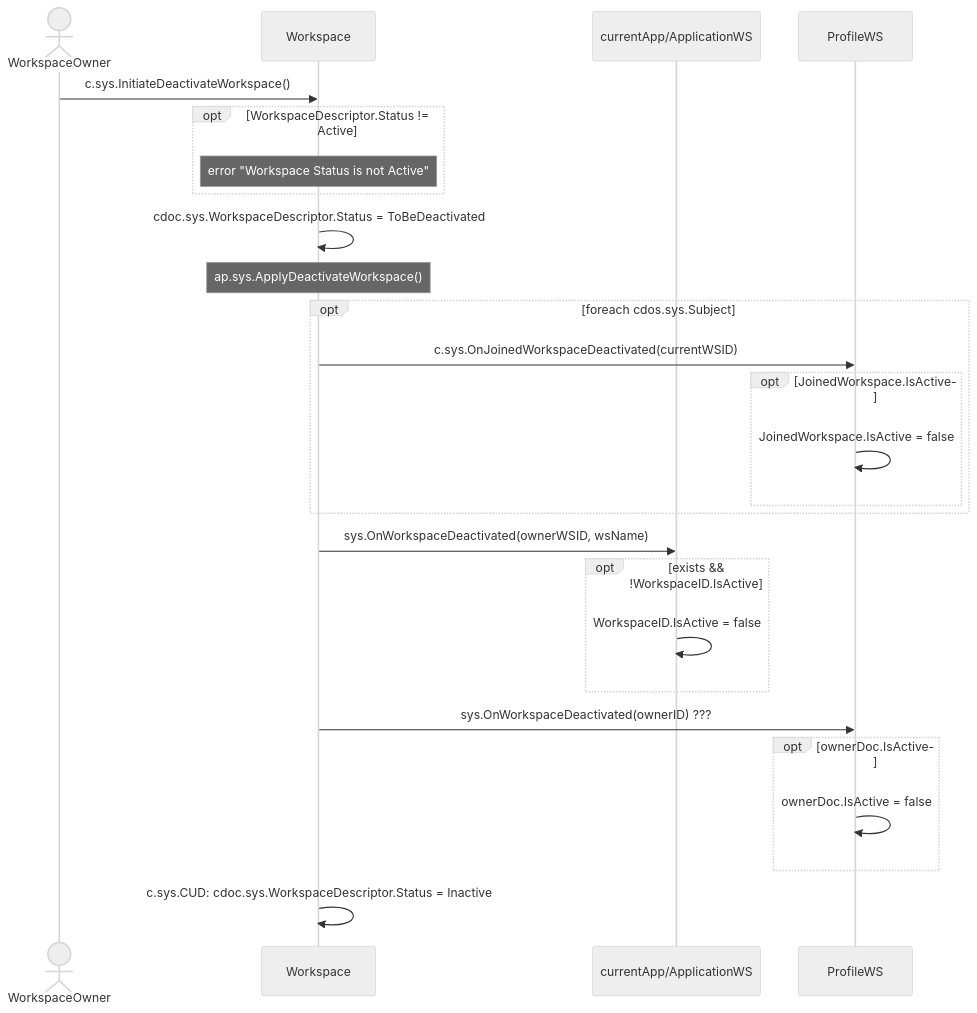
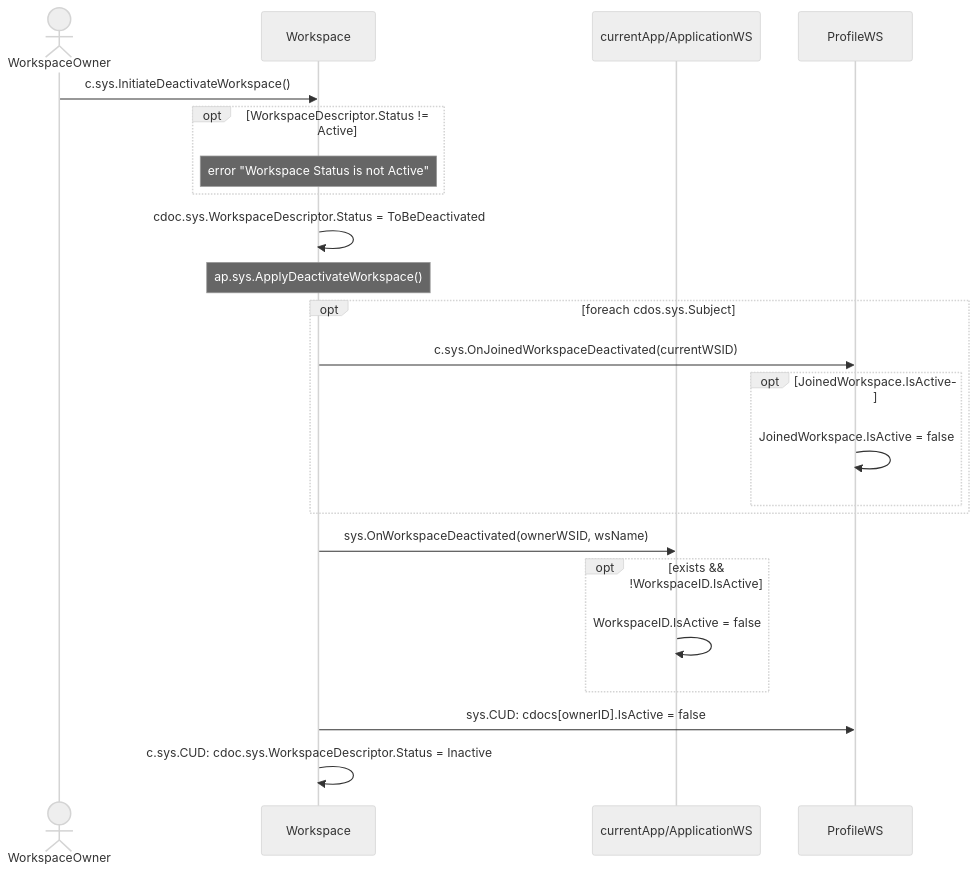
The diagram in design/workspaces/deactivate-workspace.md (voedger/voedger), drawn with Mermaid (neutral theme) before and after one commit. The commit also changed 4 other files, not shown here.

````diff
--- a/design/workspaces/deactivate-workspace.md
+++ b/design/workspaces/deactivate-workspace.md
@@ -23,36 +23,33 @@
 ```mermaid
     sequenceDiagram
 
     actor owner as WorkspaceOwner
     participant ws as Workspace
     participant appws as currentApp/ApplicationWS
     participant profile as ProfileWS
 
     owner ->> ws: c.sys.InitiateDeactivateWorkspace()
     opt WorkspaceDescriptor.Status != Active
       note over ws: error "Workspace Status is not Active"
     end
 
     ws ->> ws: cdoc.sys.WorkspaceDescriptor.Status = ToBeDeactivated
 
     note over ws: ap.sys.ApplyDeactivateWorkspace()
     opt foreach cdos.sys.Subject
       ws ->> profile: c.sys.OnJoinedWorkspaceDeactivated(currentWSID)
       opt JoinedWorkspace.IsActive
         profile ->> profile: JoinedWorkspace.IsActive = false
       end
     end
 
     ws ->> appws: sys.OnWorkspaceDeactivated(ownerWSID, wsName)
     opt exists && !WorkspaceID.IsActive
       appws ->> appws: WorkspaceID.IsActive = false
     end
 
-    ws ->> profile: sys.OnWorkspaceDeactivated(ownerID) ???
-    opt ownerDoc.IsActive
-      profile ->> profile: ownerDoc.IsActive = false
-    end
+    ws ->> profile: sys.CUD: cdocs[ownerID].IsActive = false
 
     ws ->> ws: c.sys.CUD: cdoc.sys.WorkspaceDescriptor.Status = Inactive
 
 ```
````
